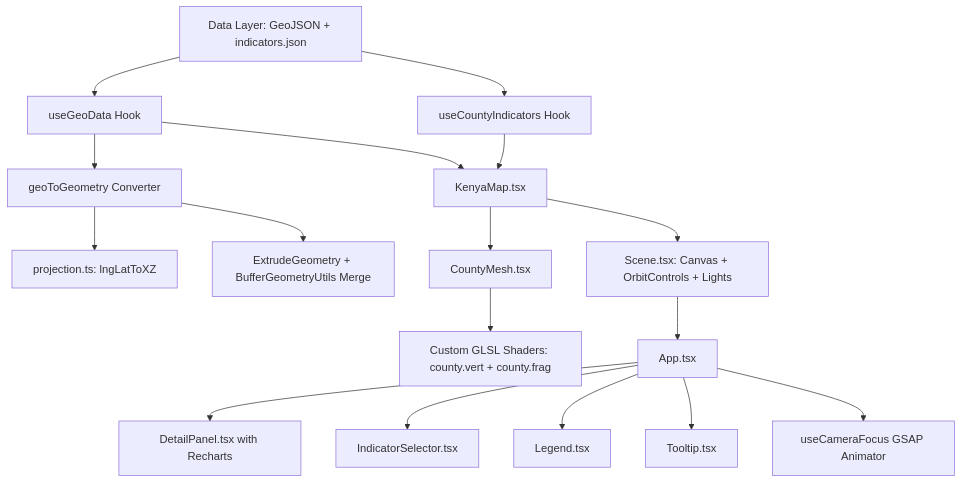
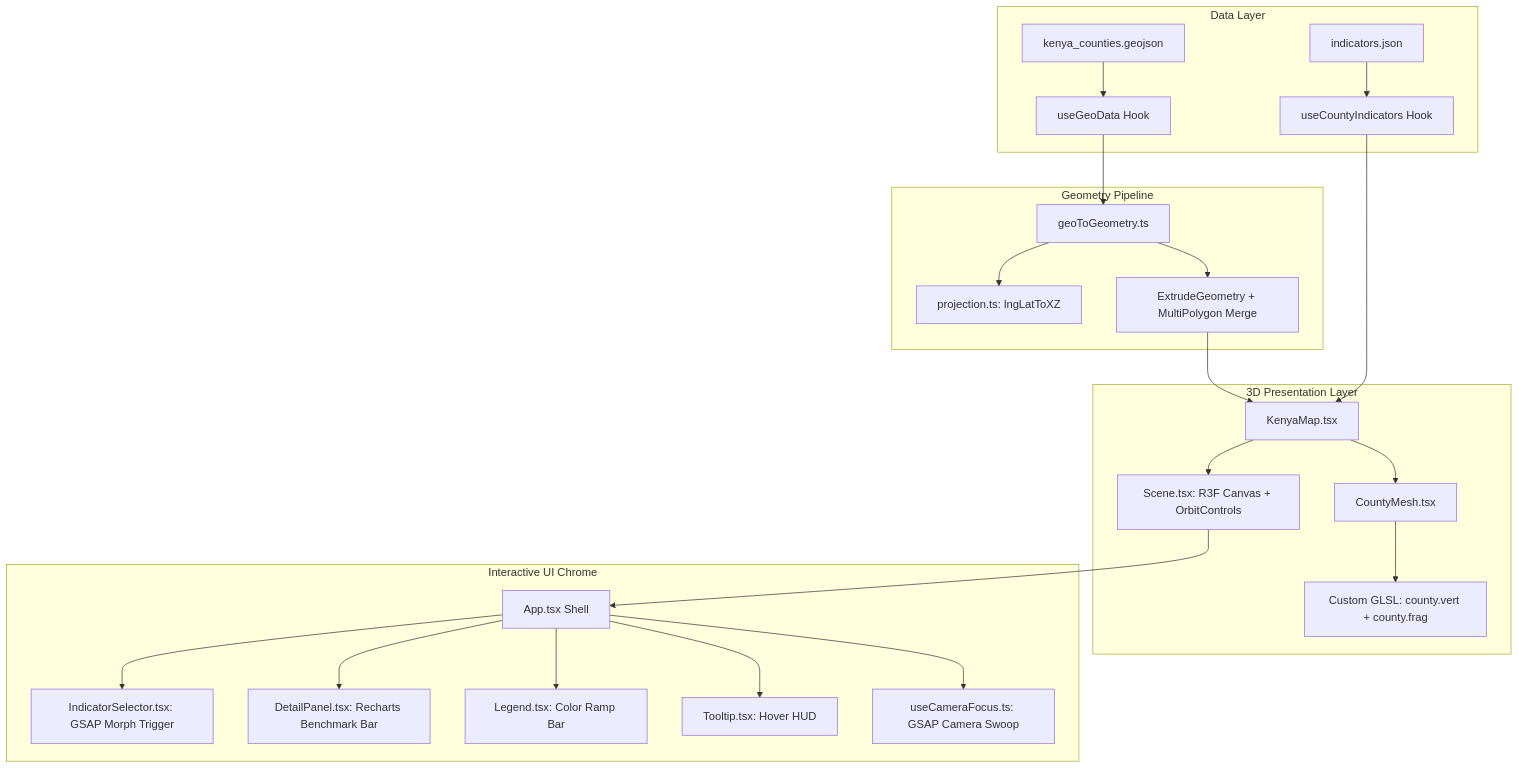
One commit to crnjihia/kenya-relief-map-3d changed the diagram in README.md. Above: the diagram before and after it, drawn with Mermaid. The commit also changed other lines of this file, not shown here.

Commit message:
docs: showcase README with live demo link, architecture diagram, and preview banner

````diff
--- a/README.md
+++ b/README.md
@@ -54,19 +64,30 @@
 ```mermaid
 graph TD
-    A[Data Layer: GeoJSON + indicators.json] --> B[useGeoData Hook]
-    A --> C[useCountyIndicators Hook]
-    B --> D[geoToGeometry Converter]
-    D --> E[projection.ts: lngLatToXZ]
-    D --> F[ExtrudeGeometry + BufferGeometryUtils Merge]
-    B --> G[KenyaMap.tsx]
-    C --> G
-    G --> H[CountyMesh.tsx]
-    H --> I[Custom GLSL Shaders: county.vert + county.frag]
-    G --> J[Scene.tsx: Canvas + OrbitControls + Lights]
-    J --> K[App.tsx]
-    K --> L[DetailPanel.tsx with Recharts]
-    K --> M[IndicatorSelector.tsx]
-    K --> N[Legend.tsx]
-    K --> O[Tooltip.tsx]
-    K --> P[useCameraFocus GSAP Animator]
+    subgraph Data Layer
+        A[kenya_counties.geojson] --> C[useGeoData Hook]
+        B[indicators.json] --> D[useCountyIndicators Hook]
+    end
+
+    subgraph Geometry Pipeline
+        C --> E[geoToGeometry.ts]
+        E --> F[projection.ts: lngLatToXZ]
+        E --> G[ExtrudeGeometry + MultiPolygon Merge]
+    end
+
+    subgraph 3D Presentation Layer
+        G --> H[KenyaMap.tsx]
+        D --> H
+        H --> I[CountyMesh.tsx]
+        I --> J[Custom GLSL: county.vert + county.frag]
+        H --> K[Scene.tsx: R3F Canvas + OrbitControls]
+    end
+
+    subgraph Interactive UI Chrome
+        K --> L[App.tsx Shell]
+        L --> M[IndicatorSelector.tsx: GSAP Morph Trigger]
+        L --> N[DetailPanel.tsx: Recharts Benchmark Bar]
+        L --> O[Legend.tsx: Color Ramp Bar]
+        L --> P[Tooltip.tsx: Hover HUD]
+        L --> Q[useCameraFocus.ts: GSAP Camera Swoop]
+    end
 ```
````
